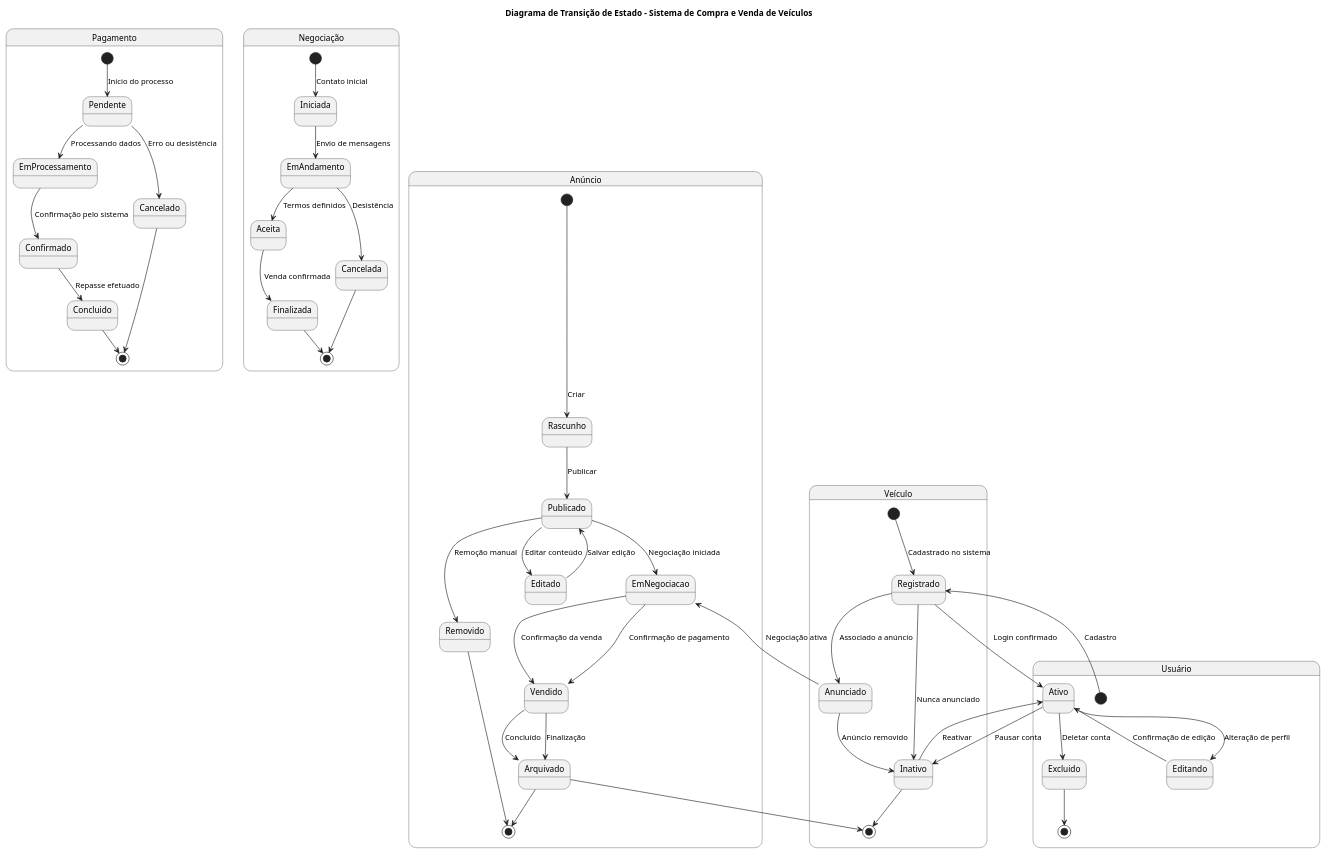
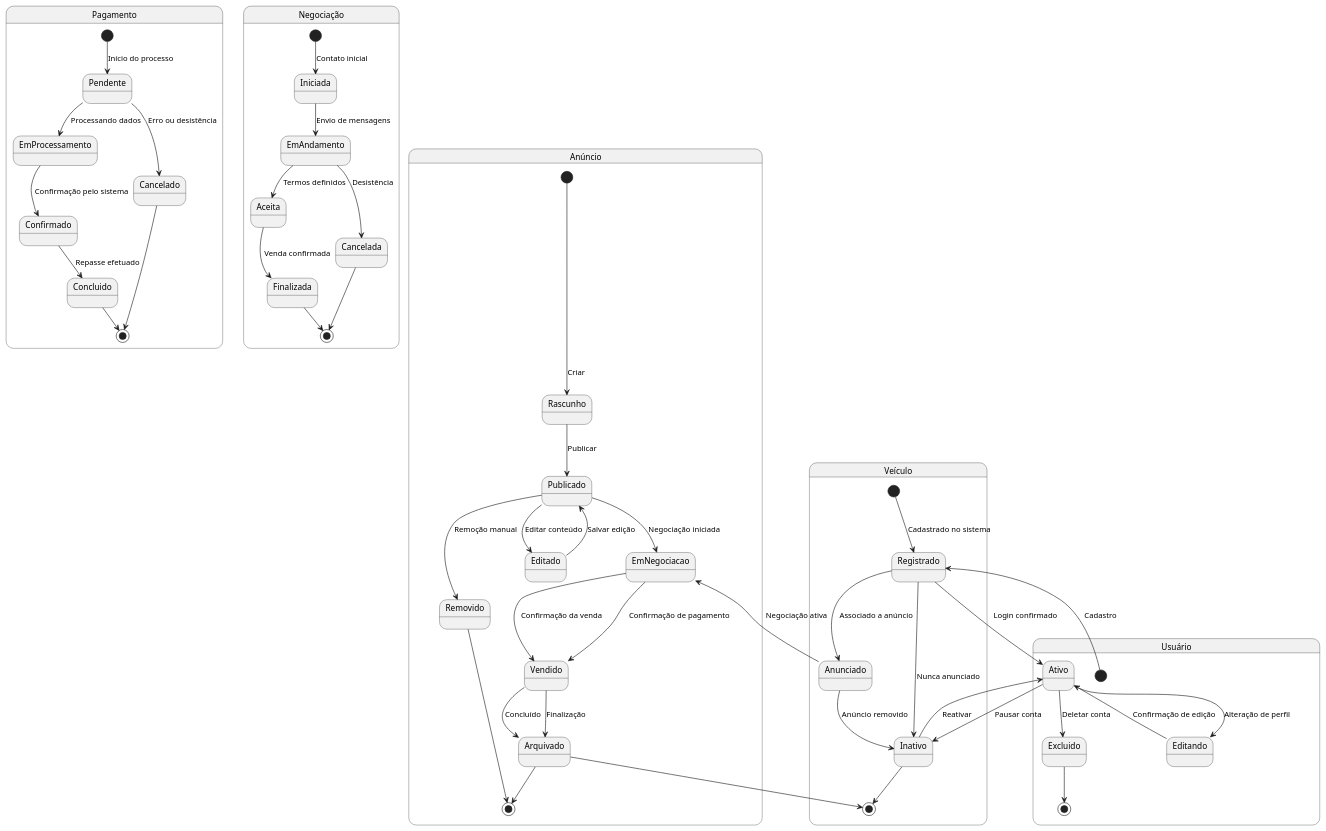
One commit to guilhermeoliveirateo/sistema-compra-venda-veiculos changed the diagram in diagrama_transicao_estado.md. Above: the diagram before and after it, drawn with PlantUML. The commit also changed other lines of this file, not shown here.

````diff
--- a/diagrama_transicao_estado.md
+++ b/diagrama_transicao_estado.md
@@ -1,80 +10,64 @@
 ```plantuml
 @startuml
-title Diagrama de Transição de Estado – Sistema de Compra e Venda de Veículos
 
-' ============================
-' Diagrama de estado do ANÚNCIO
-' ============================
 state "Anúncio" as Anuncio {
   [*] --> Rascunho : Criar
   Rascunho --> Publicado : Publicar
   Publicado --> EmNegociacao : Negociação iniciada
   EmNegociacao --> Vendido : Confirmação de pagamento
   Vendido --> Arquivado : Finalização
   Arquivado --> [*]
 
   Publicado --> Editado : Editar conteúdo
   Editado --> Publicado : Salvar edição
   Publicado --> Removido : Remoção manual
   Removido --> [*]
 }
 
-' ============================
-' Diagrama de estado do VEÍCULO
-' ============================
 state "Veículo" as Veiculo {
   [*] --> Registrado : Cadastrado no sistema
   Registrado --> Anunciado : Associado a anúncio
   Anunciado --> EmNegociacao : Negociação ativa
   EmNegociacao --> Vendido : Confirmação da venda
   Vendido --> Arquivado : Concluído
   Arquivado --> [*]
 
   Registrado --> Inativo : Nunca anunciado
   Inativo --> [*]
   Anunciado --> Inativo : Anúncio removido
 }
 
-' ============================
-' Diagrama de estado do USUÁRIO
-' ============================
 state "Usuário" as Usuario {
   [*] --> Registrado : Cadastro
   Registrado --> Ativo : Login confirmado
   Ativo --> Editando : Alteração de perfil
   Editando --> Ativo : Confirmação de edição
   Ativo --> Inativo : Pausar conta
   Inativo --> Ativo : Reativar
   Ativo --> Excluido : Deletar conta
   Excluido --> [*]
 }
 
-' ============================
-' Diagrama de estado do PAGAMENTO
-' ============================
 state "Pagamento" as Pagamento {
   [*] --> Pendente : Início do processo
   Pendente --> EmProcessamento : Processando dados
   EmProcessamento --> Confirmado : Confirmação pelo sistema
   Confirmado --> Concluido : Repasse efetuado
   Concluido --> [*]
 
   Pendente --> Cancelado : Erro ou desistência
   Cancelado --> [*]
 }
 
-' ============================
-' Diagrama de estado da NEGOCIAÇÃO
-' ============================
 state "Negociação" as Negociacao {
   [*] --> Iniciada : Contato inicial
   Iniciada --> EmAndamento : Envio de mensagens
   EmAndamento --> Aceita : Termos definidos
   Aceita --> Finalizada : Venda confirmada
   Finalizada --> [*]
 
   EmAndamento --> Cancelada : Desistência
   Cancelada --> [*]
 }
 @enduml
 ```
````
